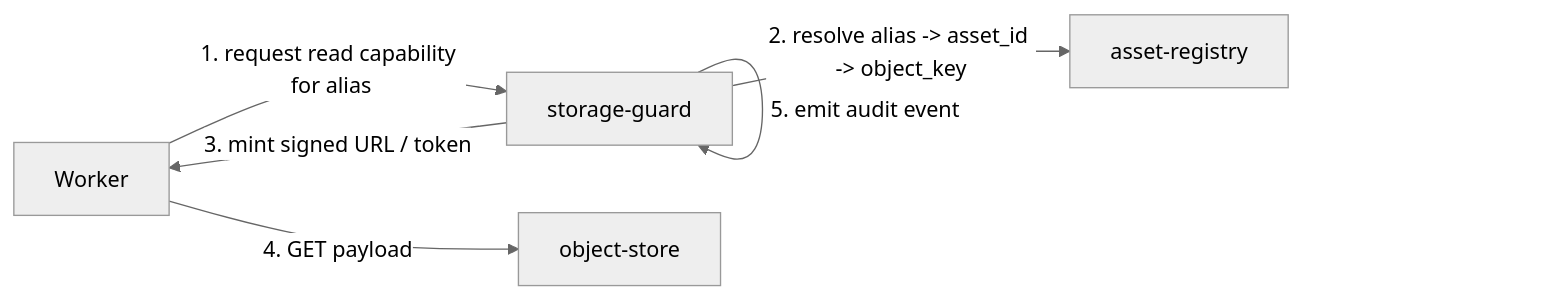
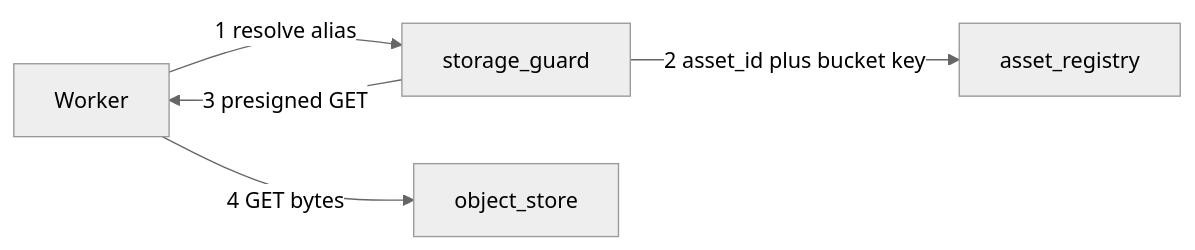
The third of 3 diagrams in docs/PROJECT_ARCHITECTURE.md (mezanno/prototype_cache), drawn with Mermaid (neutral theme) before and after one commit. The commit also changed other lines of this file and 28 other files, not shown here.

````diff
--- a/docs/PROJECT_ARCHITECTURE.md
+++ b/docs/PROJECT_ARCHITECTURE.md
@@ -93,13 +97,12 @@
 ```mermaid
 flowchart LR
     Worker["Worker"]
-    Guard["storage-guard"]
-    Registry["asset-registry"]
-    Object["object-store"]
+    Guard["storage_guard"]
+    Registry["asset_registry"]
+    Object["object_store"]
 
-    Worker -->|"1. request read capability for alias"| Guard
-    Guard -->|"2. resolve alias -> asset_id -> object_key"| Registry
-    Guard -->|"3. mint signed URL / token"| Worker
-    Worker -->|"4. GET payload"| Object
-    Guard -->|"5. emit audit event"| Guard
+    Worker -->|"1 resolve alias"| Guard
+    Guard -->|"2 asset_id plus bucket key"| Registry
+    Guard -->|"3 presigned GET"| Worker
+    Worker -->|"4 GET bytes"| Object
 ```
````
